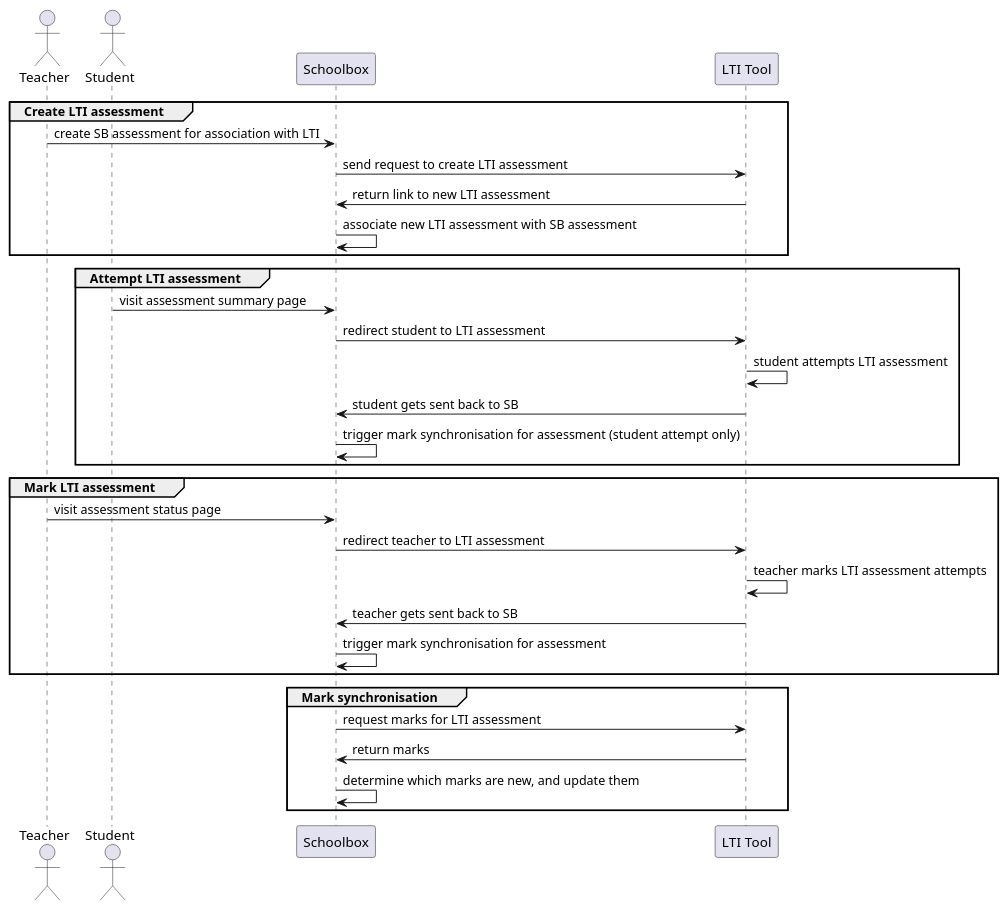
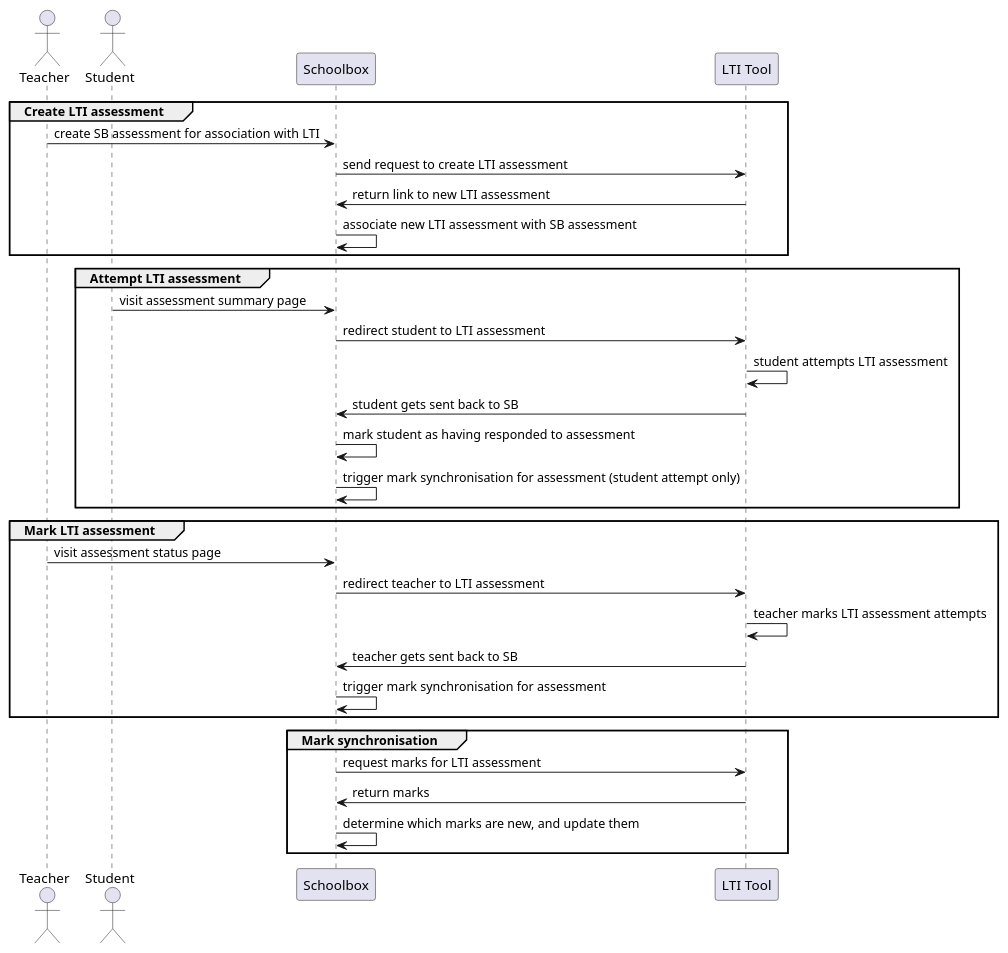
One commit to juliaattrevisan/schoolbox-api-docs changed the diagram in library/Schoolbox/Learning/Assessment/Lti/sequenceDiagram.plantuml. Above: the diagram before and after it, drawn with PlantUML. The commit also changed 1 other file, not shown here.

```diff
--- a/library/Schoolbox/Learning/Assessment/Lti/sequenceDiagram.plantuml
+++ b/library/Schoolbox/Learning/Assessment/Lti/sequenceDiagram.plantuml
@@ -1,38 +1,39 @@
 @startuml
 'https://plantuml.com/sequence-diagram
 
 actor Teacher as TC
 actor Student as ST
 participant Schoolbox as SB
 participant "LTI Tool" as LTI
 
 group Create LTI assessment
     TC -> SB: create SB assessment for association with LTI
     SB -> LTI: send request to create LTI assessment
     LTI -> SB: return link to new LTI assessment
     SB -> SB: associate new LTI assessment with SB assessment
 end
 
 group Attempt LTI assessment
     ST -> SB: visit assessment summary page
     SB -> LTI: redirect student to LTI assessment
     LTI -> LTI: student attempts LTI assessment
     LTI -> SB: student gets sent back to SB
+    SB -> SB: mark student as having responded to assessment
     SB -> SB: trigger mark synchronisation for assessment (student attempt only)
 end
 
 group Mark LTI assessment
     TC -> SB: visit assessment status page
     SB -> LTI: redirect teacher to LTI assessment
     LTI -> LTI: teacher marks LTI assessment attempts
     LTI -> SB: teacher gets sent back to SB
     SB -> SB: trigger mark synchronisation for assessment
 end
 
 group Mark synchronisation
     SB -> LTI: request marks for LTI assessment
     LTI -> SB: return marks
     SB -> SB: determine which marks are new, and update them
 end
 
 @enduml
```
